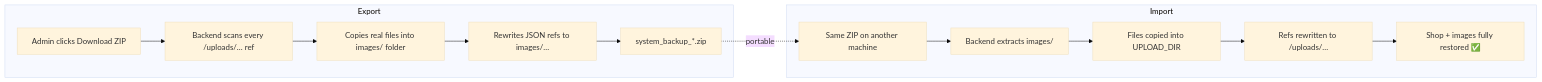
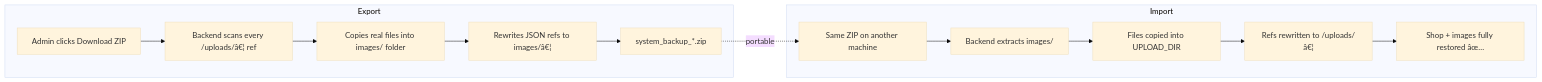
The fifth of 7 diagrams in README.md (ThyMuoyhak/MiniShopCambodia-FullStackWeb), drawn with Mermaid (base theme) before and after one commit. The commit also changed other lines of this file, not shown here.

Commit message:
README: full data model (all entities/fields) + Telegram & mobile core flows

````diff
--- a/README.md
+++ b/README.md
@@ -332,18 +390,18 @@
 ```mermaid
 flowchart LR
     subgraph Export
-        B1["Admin clicks Download ZIP"] --> B2["Backend scans every /uploads/… ref"]
+        B1["Admin clicks Download ZIP"] --> B2["Backend scans every /uploads/â€¦ ref"]
         B2 --> B3["Copies real files into images/ folder"]
-        B3 --> B4["Rewrites JSON refs to images/…"]
+        B3 --> B4["Rewrites JSON refs to images/â€¦"]
         B4 --> B5["system_backup_*.zip"]
     end
 
     subgraph Import
         I1["Same ZIP on another machine"] --> I2["Backend extracts images/"]
         I2 --> I3["Files copied into UPLOAD_DIR"]
-        I3 --> I4["Refs rewritten to /uploads/…"]
-        I4 --> I5["Shop + images fully restored ✅"]
+        I3 --> I4["Refs rewritten to /uploads/â€¦"]
+        I4 --> I5["Shop + images fully restored âœ…"]
     end
 
     B5 -. portable .-> I1
 ```
````
